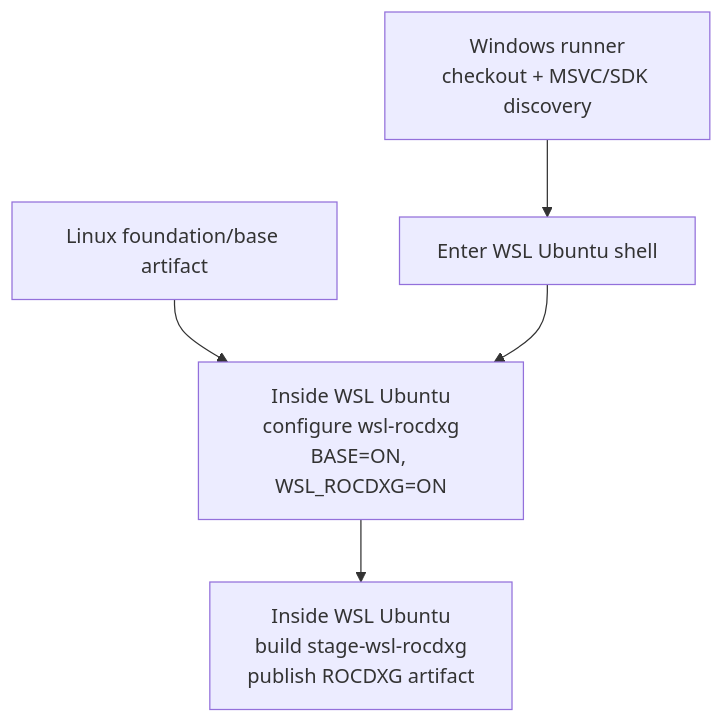
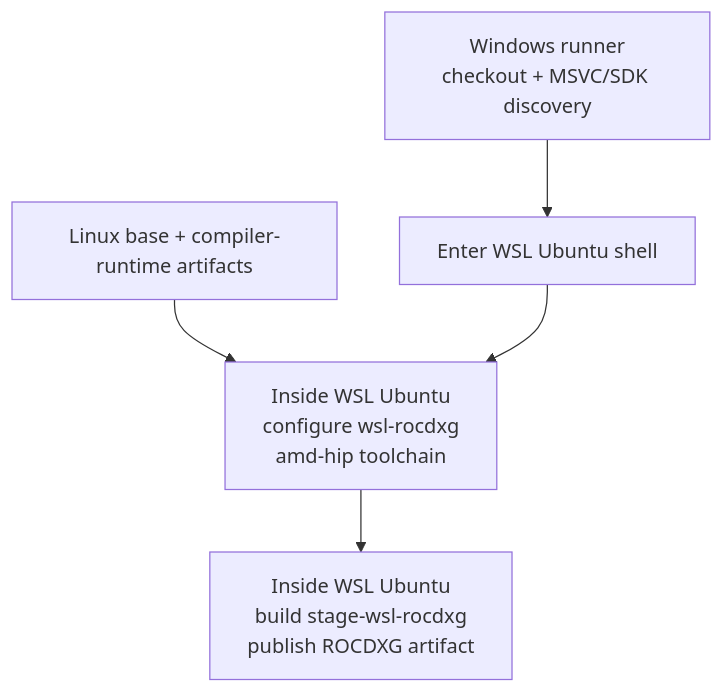
One commit to ROCm/TheRock changed the diagram in docs/development/wsl_rocdxg.md. Above: the diagram before and after it, drawn with Mermaid. The commit also changed other lines of this file and 3 other files, not shown here.

Commit message:
Try amd-hip toolchain for WSL ROCDXG

````diff
--- a/docs/development/wsl_rocdxg.md
+++ b/docs/development/wsl_rocdxg.md
@@ -15,12 +15,12 @@
 ```mermaid
 flowchart TD
   runner["Windows runner<br/>checkout + MSVC/SDK discovery"]
   wsl["Enter WSL Ubuntu shell"]
-  base["Linux foundation/base artifact"]
-  cfg["Inside WSL Ubuntu<br/>configure wsl-rocdxg<br/>BASE=ON, WSL_ROCDXG=ON"]
+  deps["Linux base + compiler-runtime artifacts"]
+  cfg["Inside WSL Ubuntu<br/>configure wsl-rocdxg<br/>amd-hip toolchain"]
   build["Inside WSL Ubuntu<br/>build stage-wsl-rocdxg<br/>publish ROCDXG artifact"]
 
   runner --> wsl
-  base --> cfg
+  deps --> cfg
   wsl --> cfg --> build
 ```
````
